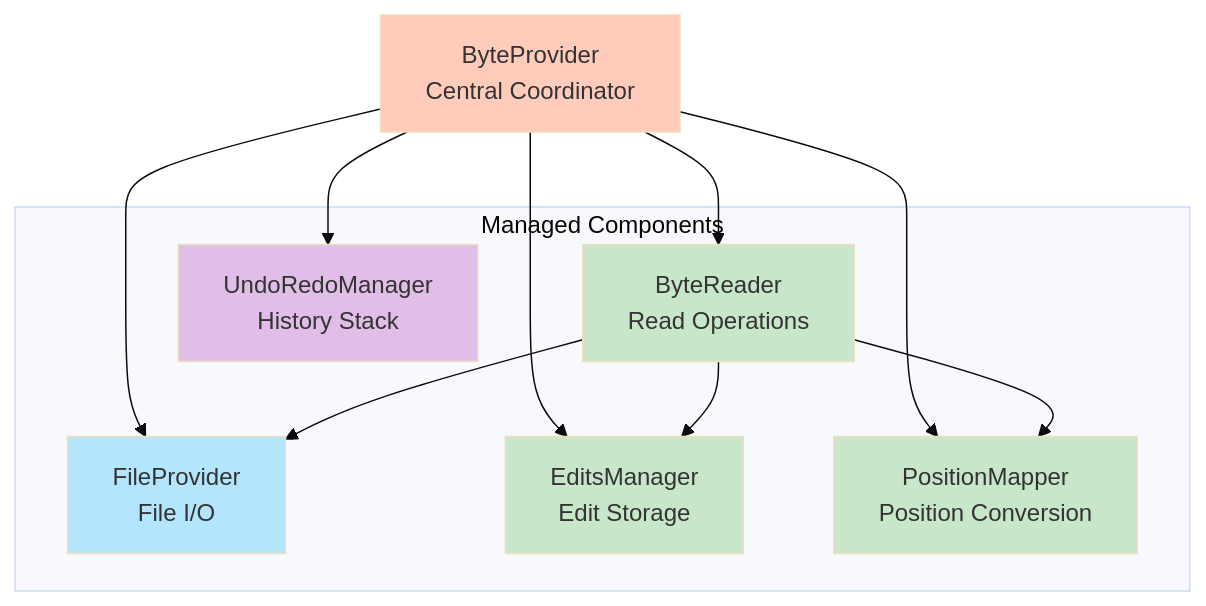
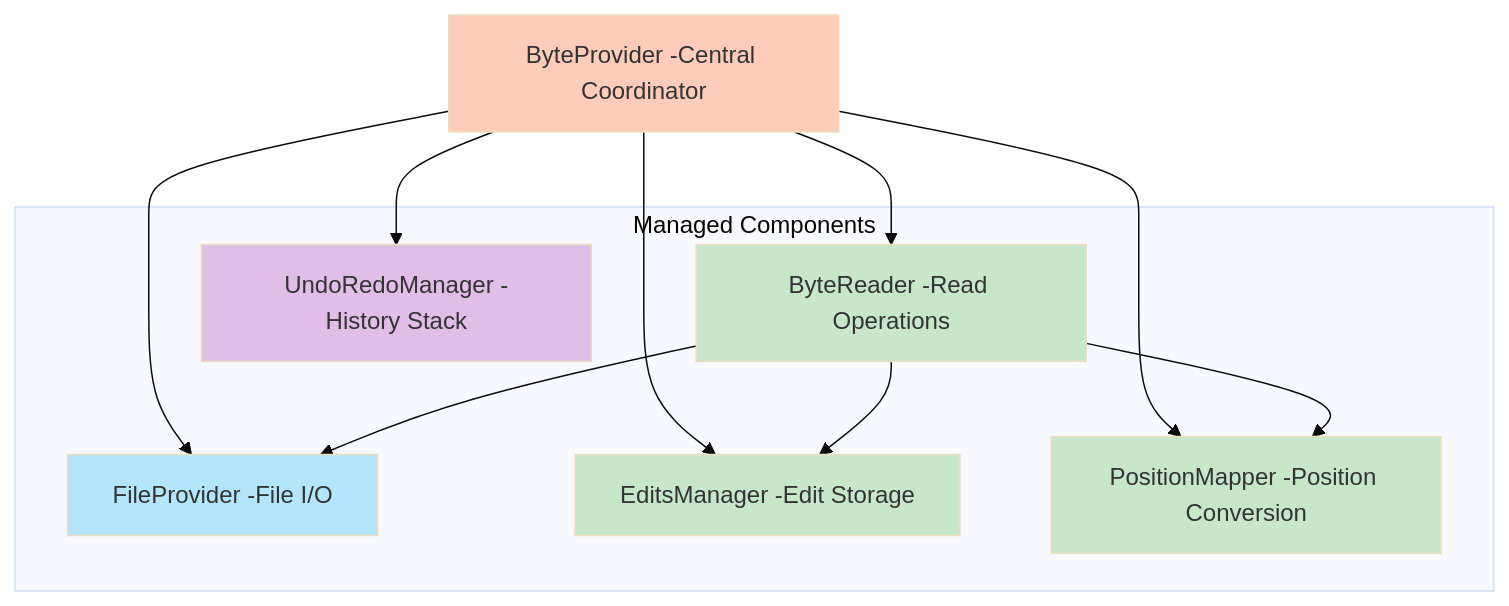
Before and after one commit to myd7349/WpfHexEditorControl: the third of 24 diagrams in ARCHITECTURE_V2.md, drawn with Mermaid (base theme). The commit also changed other lines of this file, not shown here.

First line of the commit message:
Fix all remaining Mermaid diagram br tags for GitHub compatibility

````diff
--- a/ARCHITECTURE_V2.md
+++ b/ARCHITECTURE_V2.md
@@ -232,29 +232,29 @@
 ```mermaid
 graph TB
-    BP[ByteProvider<br/>Central Coordinator]
+    BP[ByteProvider -Central Coordinator]
 
     subgraph "Managed Components"
-        FP[FileProvider<br/>File I/O]
-        BR[ByteReader<br/>Read Operations]
-        EM[EditsManager<br/>Edit Storage]
-        PM[PositionMapper<br/>Position Conversion]
-        UR[UndoRedoManager<br/>History Stack]
+        FP[FileProvider -File I/O]
+        BR[ByteReader -Read Operations]
+        EM[EditsManager -Edit Storage]
+        PM[PositionMapper -Position Conversion]
+        UR[UndoRedoManager -History Stack]
     end
 
     BP --> FP
     BP --> BR
     BP --> EM
     BP --> PM
     BP --> UR
 
     BR --> EM
     BR --> PM
     BR --> FP
 
     style BP fill:#ffccbc
     style FP fill:#b3e5fc
     style BR fill:#c8e6c9
     style EM fill:#c8e6c9
     style PM fill:#c8e6c9
     style UR fill:#e1bee7
 ```
````
